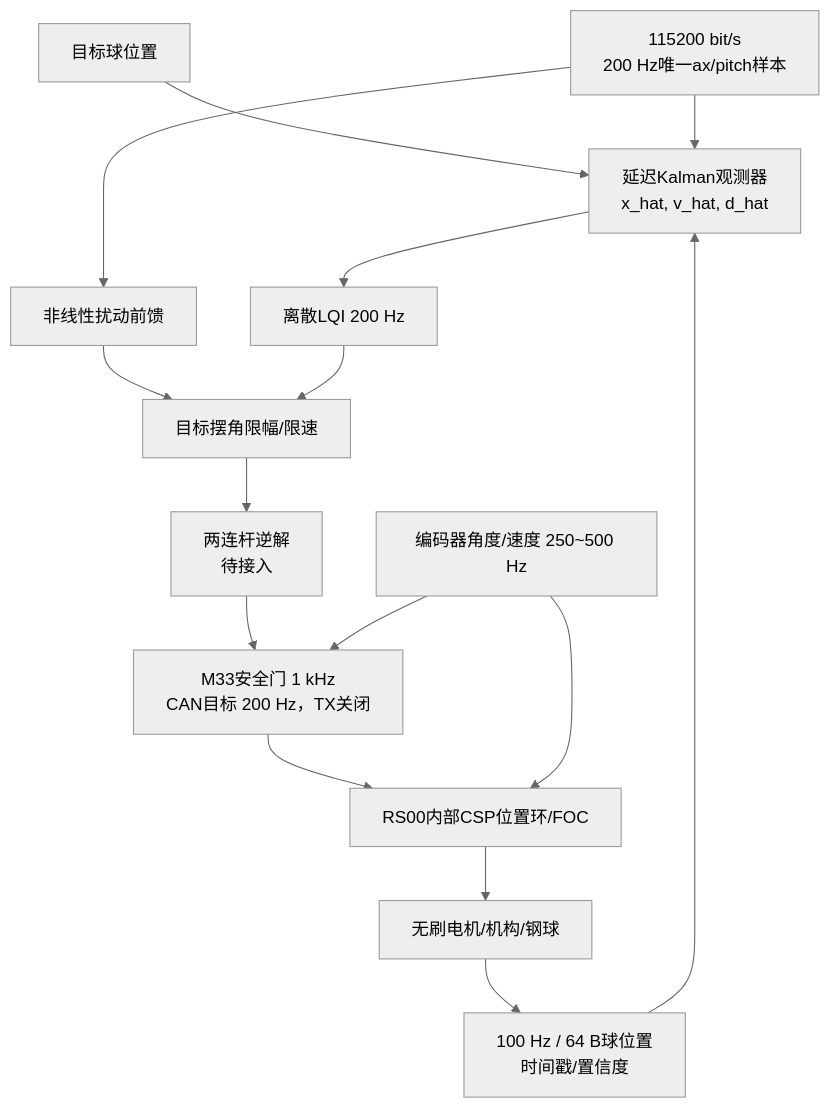
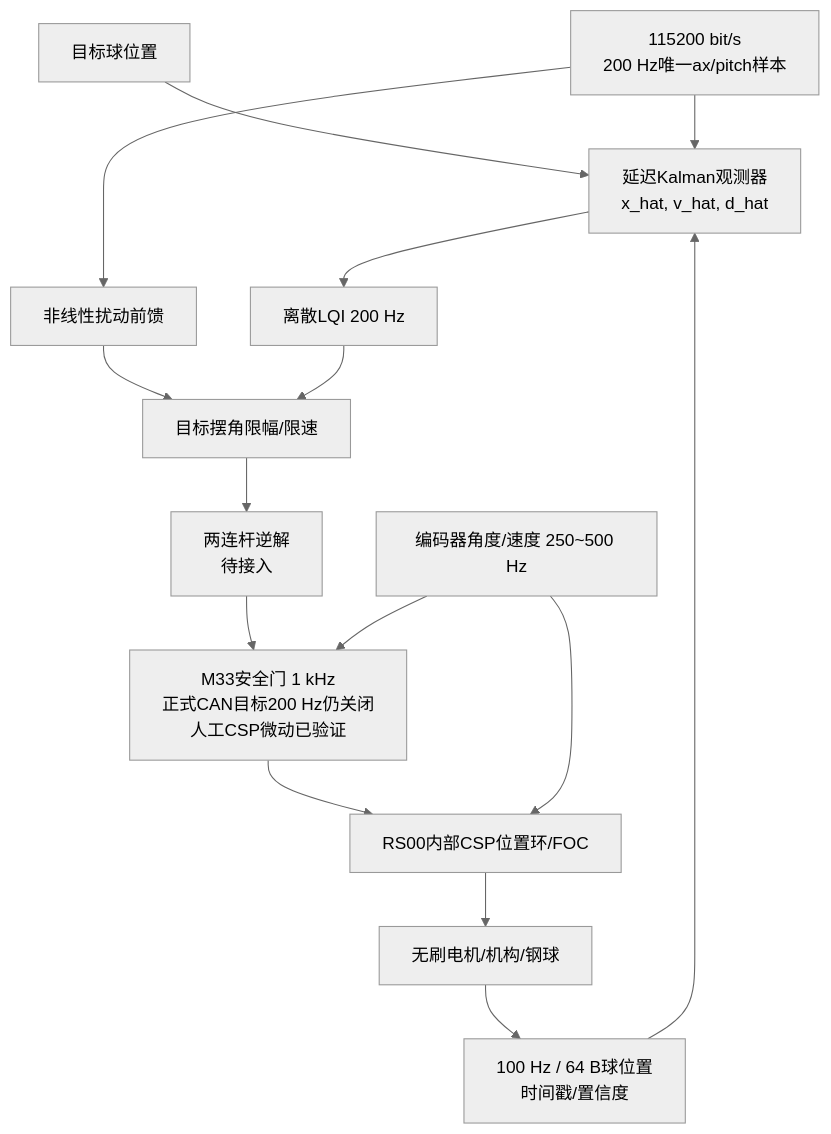
One commit to HalloYang06/2026_TI changed the diagram in docs/architecture/system-overview.md. Above: the diagram before and after it, drawn with Mermaid (neutral theme). The commit also changed other lines of this file and 6 other files, not shown here.

````diff
--- a/docs/architecture/system-overview.md
+++ b/docs/architecture/system-overview.md
@@ -62,17 +62,17 @@
 ```mermaid
 flowchart TD
     R["目标球位置"] --> O["延迟Kalman观测器<br/>x_hat, v_hat, d_hat"]
     V["100 Hz / 64 B球位置<br/>时间戳/置信度"] --> O
     I["115200 bit/s<br/>200 Hz唯一ax/pitch样本"] --> O
     I --> F["非线性扰动前馈"]
     O --> L["离散LQI 200 Hz"]
     F --> S["目标摆角限幅/限速"]
     L --> S
     S --> K["两连杆逆解<br/>待接入"]
-    K --> G["M33安全门 1 kHz<br/>CAN目标 200 Hz，TX关闭"]
+    K --> G["M33安全门 1 kHz<br/>正式CAN目标200 Hz仍关闭<br/>人工CSP微动已验证"]
     G --> A["RS00内部CSP位置环/FOC"]
     E["编码器角度/速度 250~500 Hz"] --> G
     E --> A
     A --> M["无刷电机/机构/钢球"]
     M --> V
 ```
````
